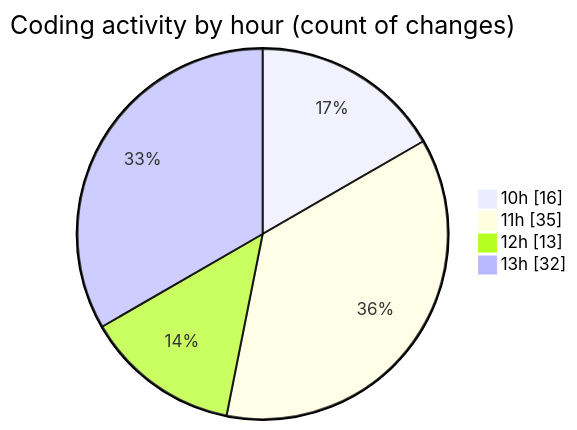
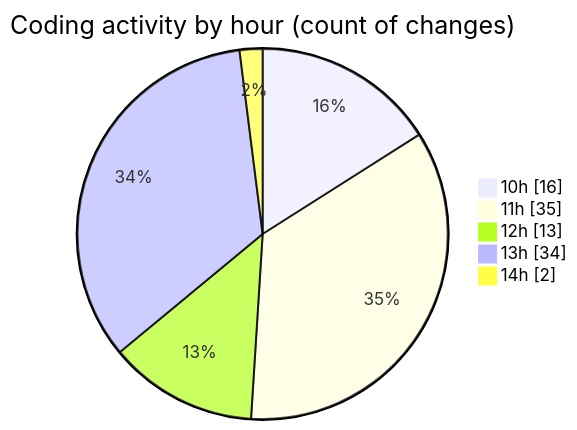
The second of 2 diagrams in 2025-02-20/micros/README.md (charlie-sans/code-tracking), drawn with Mermaid before and after one commit. The commit also changed other lines of this file and 1 other file, not shown here.

````diff
--- a/2025-02-20/micros/README.md
+++ b/2025-02-20/micros/README.md
@@ -52,8 +52,9 @@
 ```mermaid
 pie showData
 title Coding activity by hour (count of changes)
 "10h" : 16
 "11h" : 35
 "12h" : 13
-"13h" : 32
+"13h" : 34
+"14h" : 2
 ```
````
